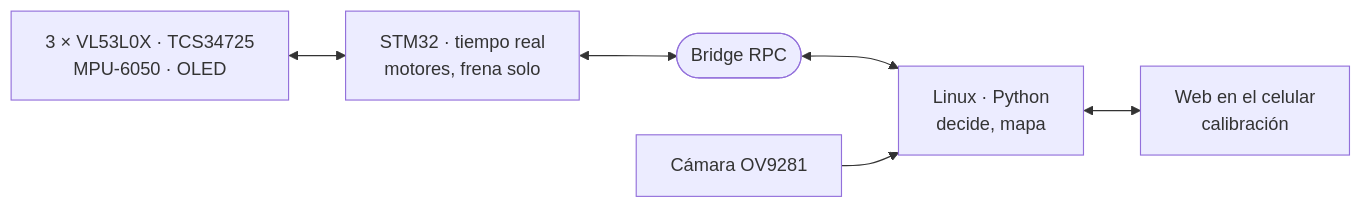
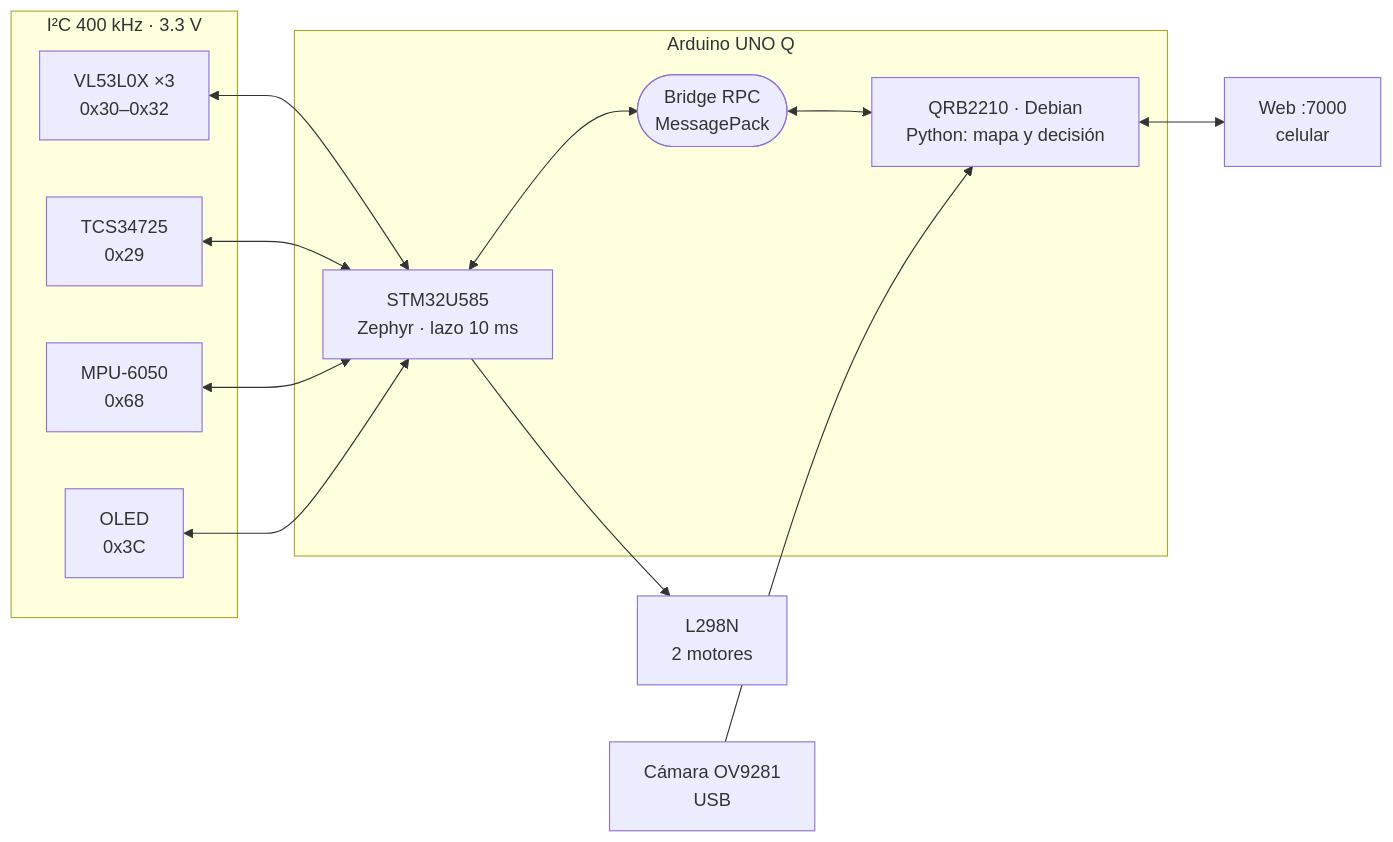
The first of 5 diagrams in docs/manual_jueces.md (Happenedspice17/sumo-v-ia), drawn with Mermaid before and after one commit. The commit also changed other lines of this file and 3 other files, not shown here.

````diff
--- a/docs/manual_jueces.md
+++ b/docs/manual_jueces.md
@@ -20,7 +63,22 @@
 ```mermaid
 flowchart LR
-  S["3 × VL53L0X · TCS34725<br/>MPU-6050 · OLED"] <--> STM["STM32 · tiempo real<br/>motores, frena solo"]
-  STM <--> BR(["Bridge RPC"]) <--> LNX["Linux · Python<br/>decide, mapa"]
-  CAM["Cámara OV9281"] --> LNX
-  LNX <--> WEB["Web en el celular<br/>calibración"]
+  subgraph S["I²C 400 kHz · 3.3 V"]
+    T1["VL53L0X ×3<br/>0x30–0x32"]
+    C["TCS34725<br/>0x29"]
+    M["MPU-6050<br/>0x68"]
+    O["OLED<br/>0x3C"]
+  end
+  subgraph Q["Arduino UNO Q"]
+    STM["STM32U585<br/>Zephyr · lazo 10 ms"]
+    BR(["Bridge RPC<br/>MessagePack"])
+    LNX["QRB2210 · Debian<br/>Python: mapa y decisión"]
+  end
+  T1 <--> STM
+  C <--> STM
+  M <--> STM
+  O <--> STM
+  STM <--> BR <--> LNX
+  STM --> H["L298N<br/>2 motores"]
+  CAM["Cámara OV9281<br/>USB"] --> LNX
+  LNX <--> WEB["Web :7000<br/>celular"]
 ```
````
